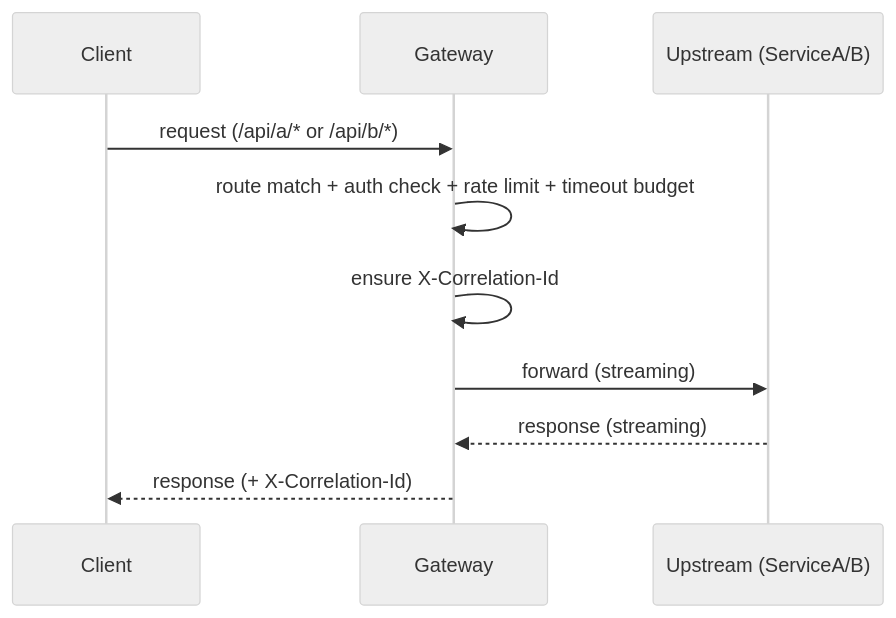
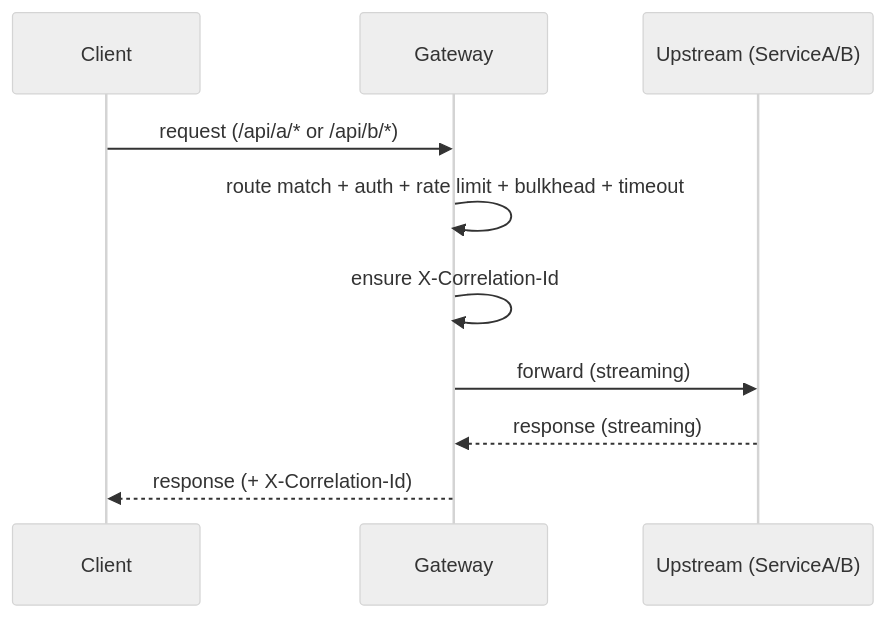
One commit to Am64r/mini-gateway changed the first of 3 diagrams in README.md. Above: the diagram before and after it, drawn with Mermaid (neutral theme). The commit also changed other lines of this file and 5 other files, not shown here.

Commit message:
added concurrency bulkhead for global per-route rate limiting; using semaphore as a global lock with n slots

````diff
--- a/README.md
+++ b/README.md
@@ -7,13 +7,13 @@
 ```mermaid
 sequenceDiagram
     participant C as Client
     participant G as Gateway
     participant U as Upstream (ServiceA/B)
 
     C->>G: request (/api/a/* or /api/b/*)
-    G->>G: route match + auth check + rate limit + timeout budget
+    G->>G: route match + auth + rate limit + bulkhead + timeout
     G->>G: ensure X-Correlation-Id
     G->>U: forward (streaming)
     U-->>G: response (streaming)
     G-->>C: response (+ X-Correlation-Id)
 ```
````
